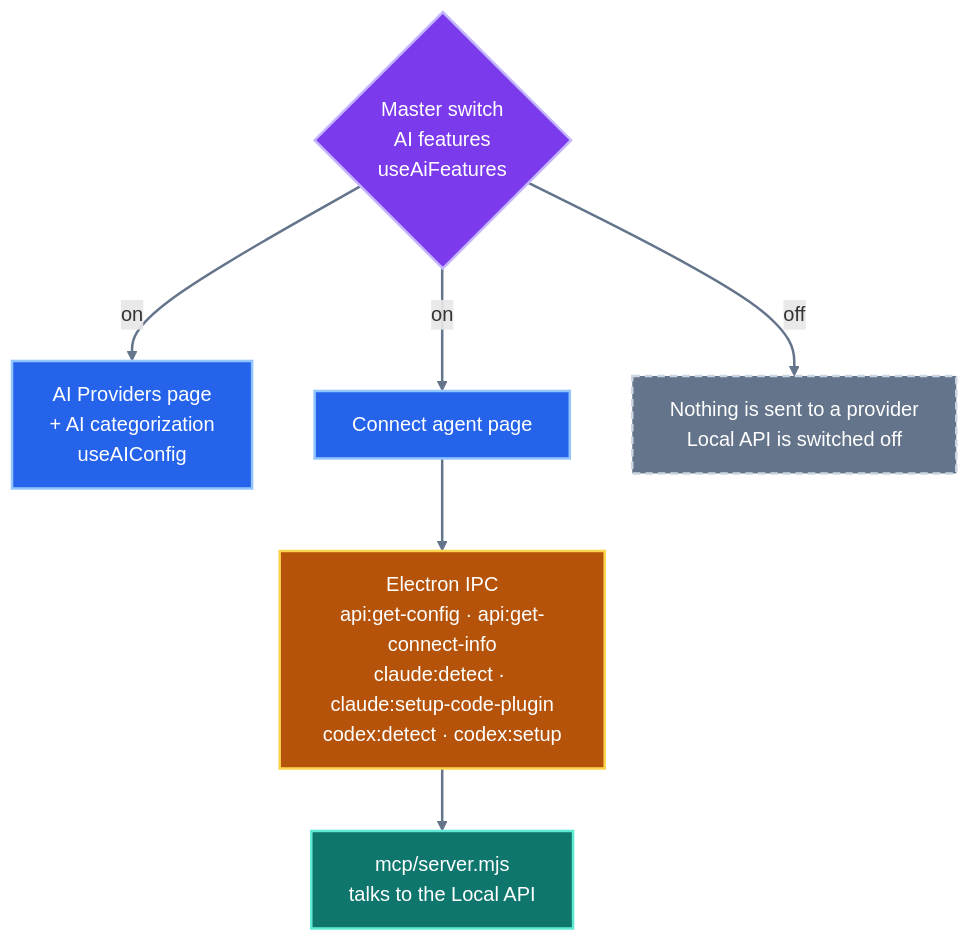
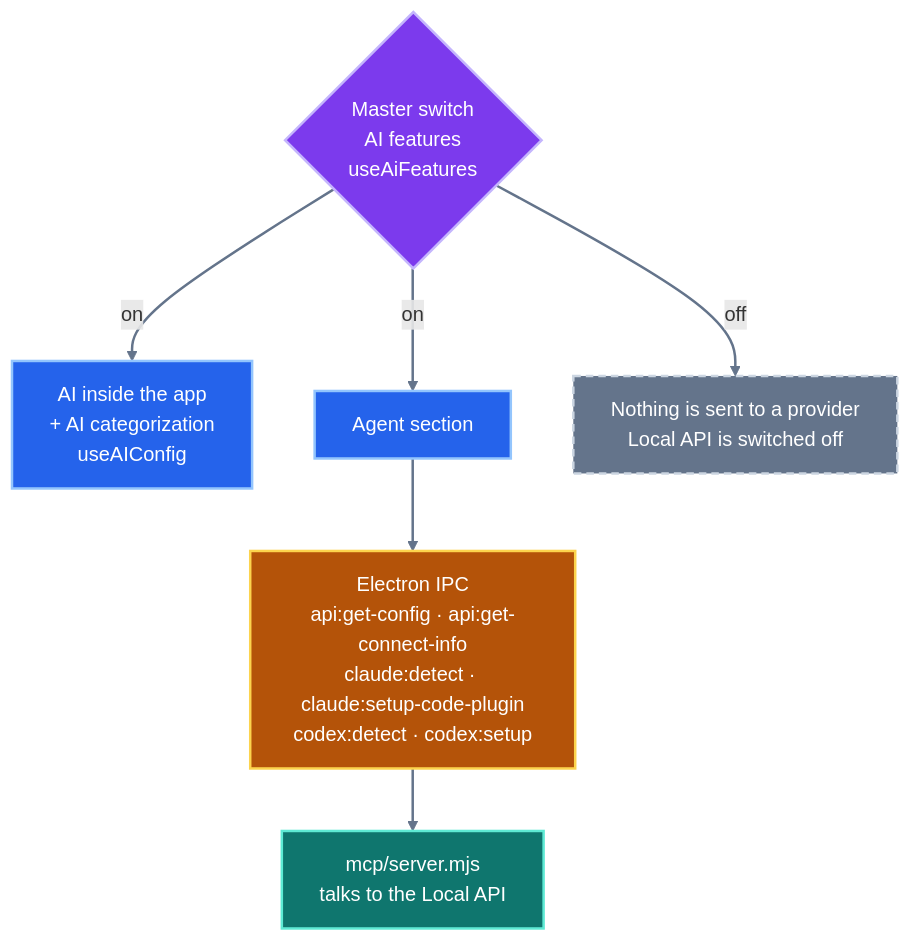
Diagram 11 of 12 in documentation/ARCHITECTURE.md (nrajesh/vaulted.money), drawn with Mermaid before and after one commit. The commit also changed other lines of this file and 50 other files, not shown here.

First line of the commit message:
Put all AI setup on one page and open app settings without a ledger

````diff
--- a/documentation/ARCHITECTURE.md
+++ b/documentation/ARCHITECTURE.md
@@ -391,20 +391,20 @@
 ```mermaid
 flowchart TB
     S{"Master switch<br/>AI features<br/>useAiFeatures"}:::logic
-    P["AI Providers page<br/>+ AI categorization<br/>useAIConfig"]:::ui
-    C["Connect agent page"]:::ui
+    P["AI inside the app<br/>+ AI categorization<br/>useAIConfig"]:::ui
+    C["Agent section"]:::ui
     X["Nothing is sent to a provider<br/>Local API is switched off"]:::off
     IPC["Electron IPC<br/>api:get-config · api:get-connect-info<br/>claude:detect · claude:setup-code-plugin<br/>codex:detect · codex:setup"]:::native
     MCP["mcp/server.mjs<br/>talks to the Local API"]:::data
 
     S -- "on" --> P
     S -- "on" --> C
     S -- "off" --> X
     C --> IPC --> MCP
     classDef ui fill:#2563eb,stroke:#93c5fd,stroke-width:2px,color:#ffffff
     classDef logic fill:#7c3aed,stroke:#c4b5fd,stroke-width:2px,color:#ffffff
     classDef data fill:#0f766e,stroke:#5eead4,stroke-width:2px,color:#ffffff
     classDef native fill:#b45309,stroke:#fcd34d,stroke-width:2px,color:#ffffff
     classDef off fill:#64748b,stroke:#cbd5e1,stroke-width:2px,color:#ffffff,stroke-dasharray:6 4
     linkStyle default stroke:#64748b,stroke-width:2px
 ```
````
